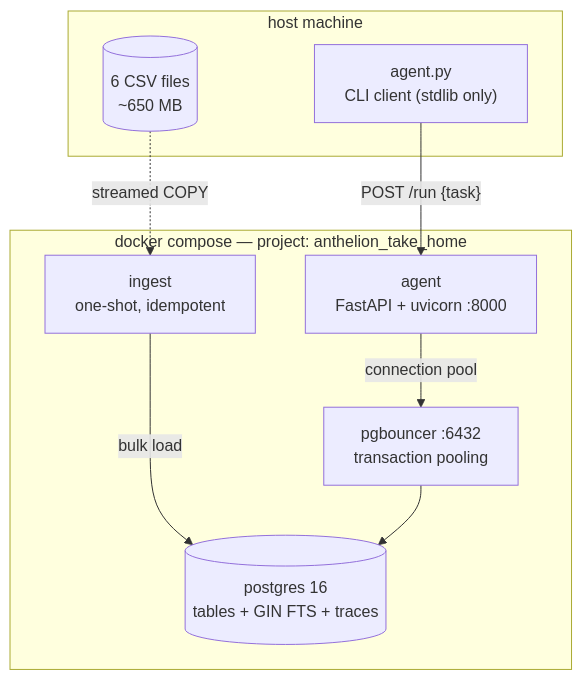
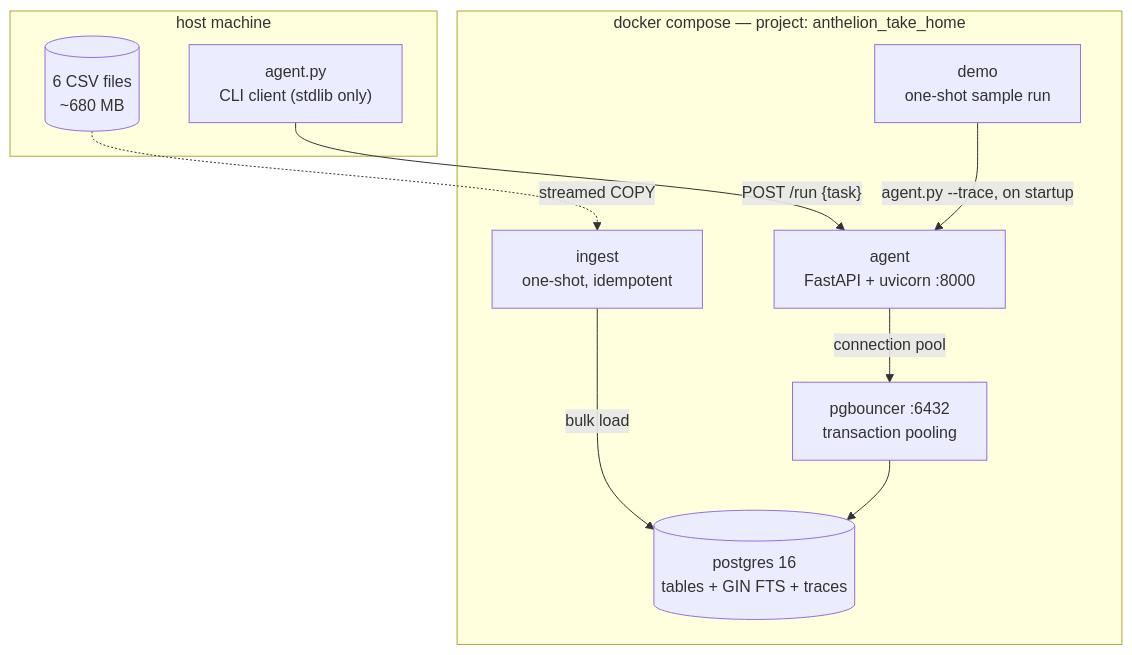
The first of 5 diagrams in ARCHITECTURE.md (11oyduhh/StockNewsAgent), drawn with Mermaid before and after one commit. The commit also changed other lines of this file and 4 other files, not shown here.

First line of the commit message:
Add a one-shot demo service — docker compose up runs end-to-end

````diff
--- a/ARCHITECTURE.md
+++ b/ARCHITECTURE.md
@@ -13,20 +13,22 @@
 ```mermaid
 graph TB
     subgraph HOST["host machine"]
         CLI["agent.py<br/>CLI client (stdlib only)"]
-        CSV[("6 CSV files<br/>~650 MB")]
+        CSV[("6 CSV files<br/>~680 MB")]
     end
 
     subgraph STACK["docker compose — project: anthelion_take_home"]
         INGEST["ingest<br/>one-shot, idempotent"]
+        DEMO["demo<br/>one-shot sample run"]
         AGENT["agent<br/>FastAPI + uvicorn :8000"]
         PGB["pgbouncer :6432<br/>transaction pooling"]
         PG[("postgres 16<br/>tables + GIN FTS + traces")]
     end
 
     CLI -->|"POST /run {task}"| AGENT
     CSV -.->|"streamed COPY"| INGEST
     INGEST -->|"bulk load"| PG
+    DEMO -->|"agent.py --trace, on startup"| AGENT
     AGENT -->|"connection pool"| PGB
     PGB --> PG
 ```
````
